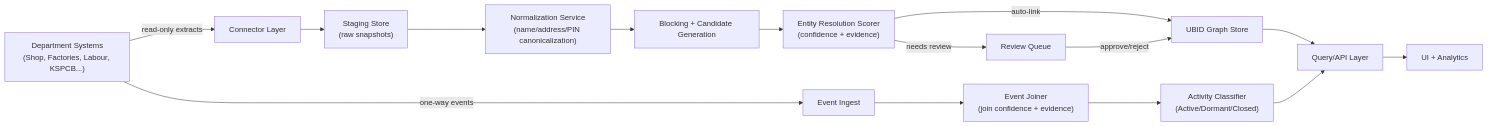
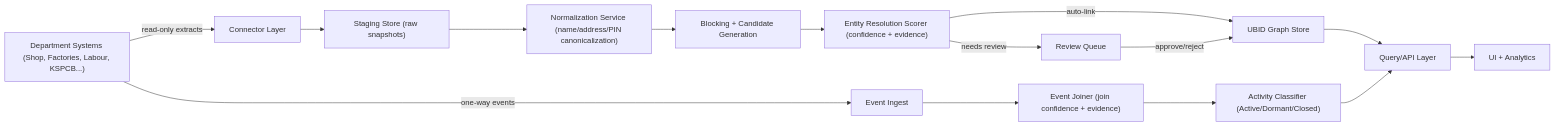
One commit to Jeyasaravanan18/karnataka-ubid-identity-graph changed the first of 2 diagrams in README.md. Above: the diagram before and after it, drawn with Mermaid. The commit also changed 2 other files, not shown here.

Commit message:
Docs: fix diagrams and cleanup git workaround

````diff
--- a/README.md
+++ b/README.md
@@ -90,21 +90,21 @@
 ```mermaid
 flowchart LR
-A["Department Systems<br/>(Shop, Factories, Labour, KSPCB...)"] -->|read-only extracts| B["Connector Layer"]
+A["Department Systems (Shop, Factories, Labour, KSPCB...)"] -->|read-only extracts| B["Connector Layer"]
 A -->|one-way events| C["Event Ingest"]
 
-B --> D["Staging Store<br/>(raw snapshots)"]
-D --> E["Normalization Service<br/>(name/address/PIN canonicalization)"]
+B --> D["Staging Store (raw snapshots)"]
+D --> E["Normalization Service (name/address/PIN canonicalization)"]
 E --> F["Blocking + Candidate Generation"]
-F --> G["Entity Resolution Scorer<br/>(confidence + evidence)"]
+F --> G["Entity Resolution Scorer (confidence + evidence)"]
 
 G -->|auto-link| H["UBID Graph Store"]
 G -->|needs review| I["Review Queue"]
 I -->|approve/reject| H
 
-C --> J["Event Joiner<br/>(join confidence + evidence)"]
-J --> K["Activity Classifier<br/>(Active/Dormant/Closed)"]
+C --> J["Event Joiner (join confidence + evidence)"]
+J --> K["Activity Classifier (Active/Dormant/Closed)"]
 
 H --> L["Query/API Layer"]
 K --> L
 L --> M["UI + Analytics"]
 ```
````
